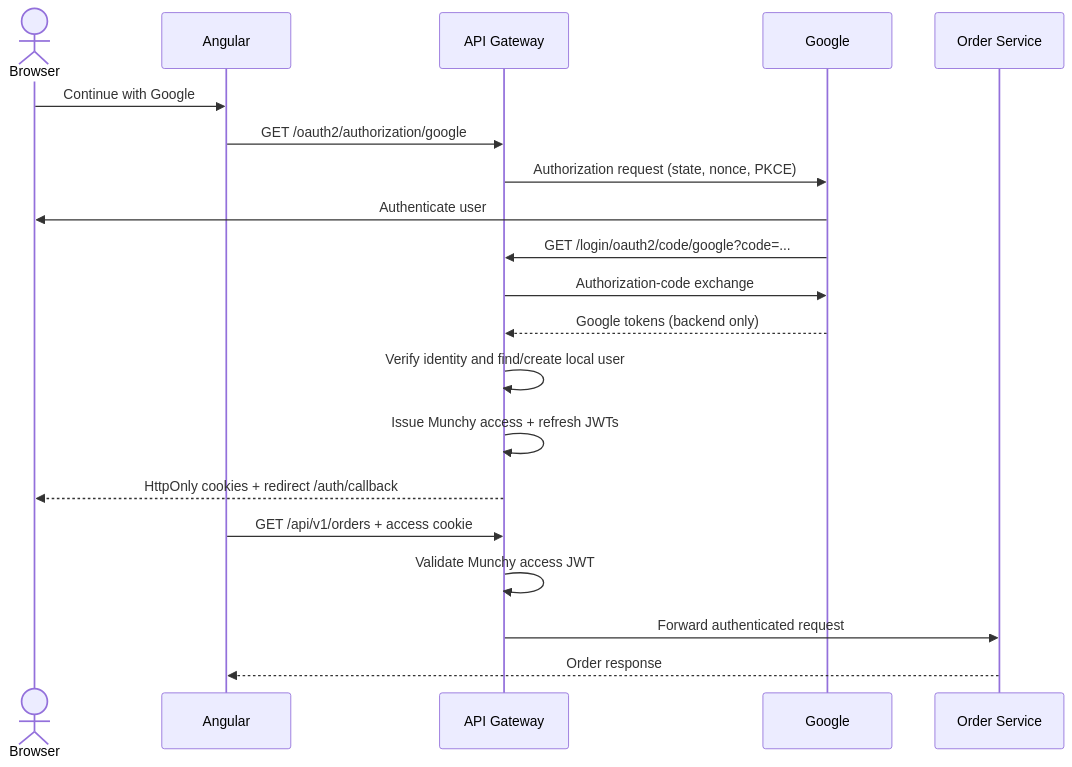
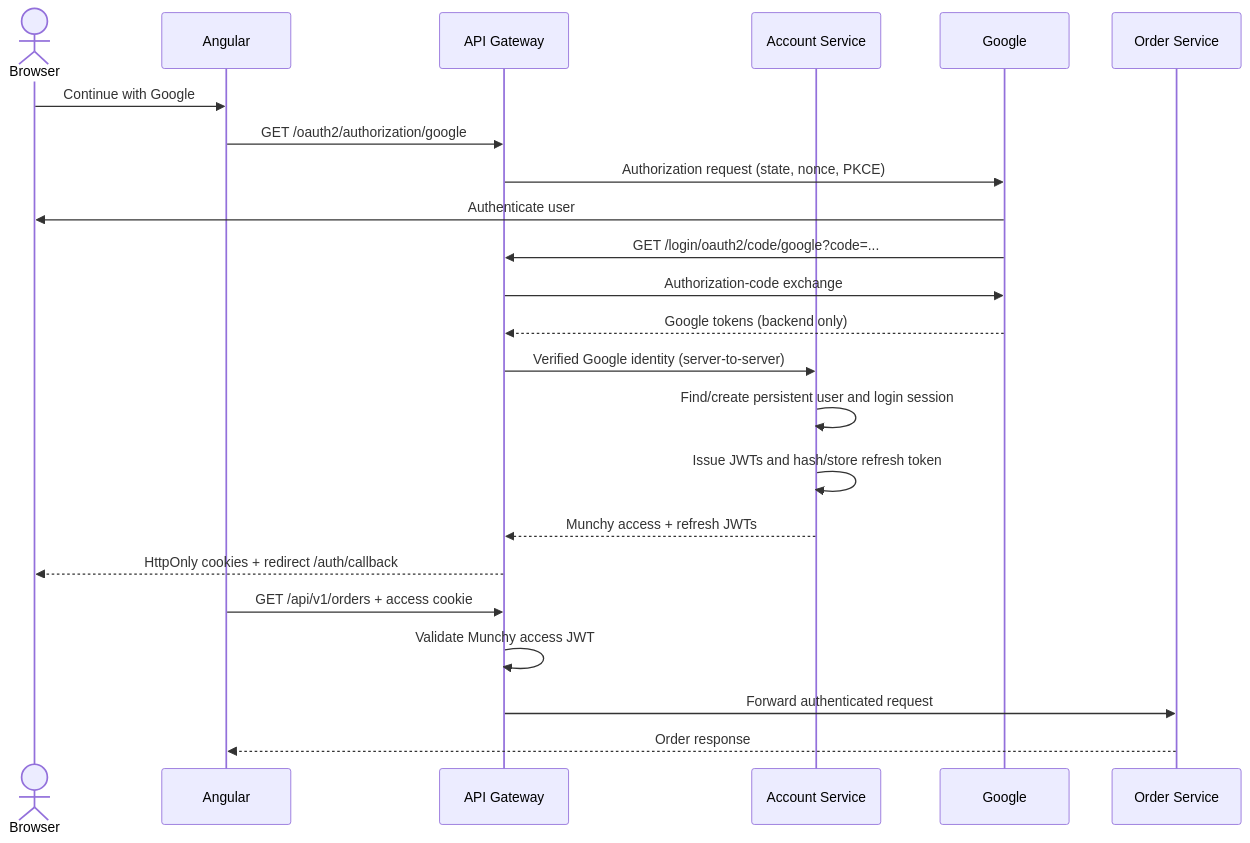
One commit to Soubhagyabasu/munchy changed the diagram in docs/oauth2-authentication-flow.md. Above: the diagram before and after it, drawn with Mermaid. The commit also changed other lines of this file and 95 other files, not shown here.

````diff
--- a/docs/oauth2-authentication-flow.md
+++ b/docs/oauth2-authentication-flow.md
@@ -5,23 +5,26 @@
 ```mermaid
 sequenceDiagram
     actor Browser
     participant Angular
     participant Gateway as API Gateway
+    participant Accounts as Account Service
     participant Google
     participant Orders as Order Service
 
     Browser->>Angular: Continue with Google
     Angular->>Gateway: GET /oauth2/authorization/google
     Gateway->>Google: Authorization request (state, nonce, PKCE)
     Google->>Browser: Authenticate user
     Google->>Gateway: GET /login/oauth2/code/google?code=...
     Gateway->>Google: Authorization-code exchange
     Google-->>Gateway: Google tokens (backend only)
-    Gateway->>Gateway: Verify identity and find/create local user
-    Gateway->>Gateway: Issue Munchy access + refresh JWTs
+    Gateway->>Accounts: Verified Google identity (server-to-server)
+    Accounts->>Accounts: Find/create persistent user and login session
+    Accounts->>Accounts: Issue JWTs and hash/store refresh token
+    Accounts-->>Gateway: Munchy access + refresh JWTs
     Gateway-->>Browser: HttpOnly cookies + redirect /auth/callback
     Angular->>Gateway: GET /api/v1/orders + access cookie
     Gateway->>Gateway: Validate Munchy access JWT
     Gateway->>Orders: Forward authenticated request
     Orders-->>Angular: Order response
 ```
````
